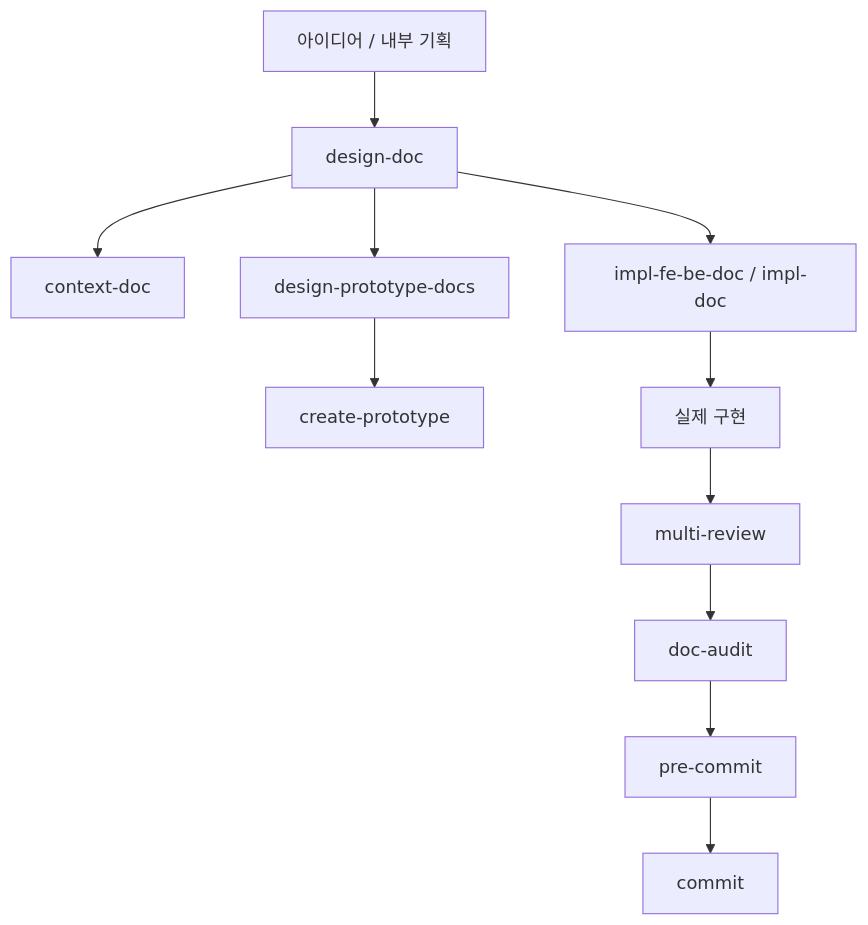
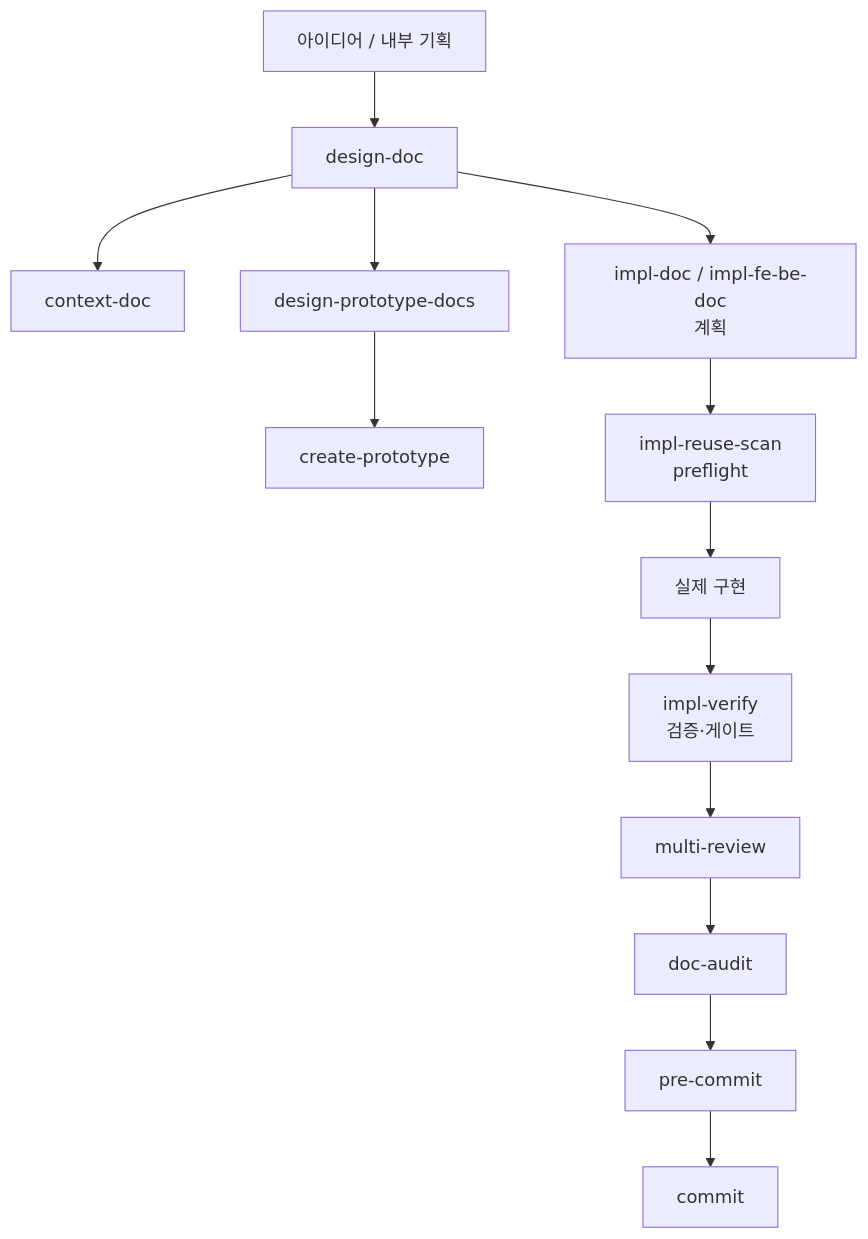
One commit to hb9397/AI_Agent_docs changed the fifth of 8 diagrams in Harness_Engineering_Intro.md. Above: the diagram before and after it, drawn with Mermaid. The commit also changed other lines of this file and 2 other files, not shown here.

First line of the commit message:
docs(harness-docs): impl 패밀리 4종 확장 반영 — 구조 문서

````diff
--- a/Harness_Engineering_Intro.md
+++ b/Harness_Engineering_Intro.md
@@ -265,13 +270,15 @@
 ```mermaid
 flowchart TD
     A["아이디어 / 내부 기획"] --> B["design-doc"]
     B --> C["context-doc"]
     B --> D["design-prototype-docs"]
     D --> E["create-prototype"]
-    B --> F["impl-fe-be-doc / impl-doc"]
-    F --> G["실제 구현"]
-    G --> H["multi-review"]
+    B --> F["impl-doc / impl-fe-be-doc<br/>계획"]
+    F --> F1["impl-reuse-scan<br/>preflight"]
+    F1 --> G["실제 구현"]
+    G --> G1["impl-verify<br/>검증·게이트"]
+    G1 --> H["multi-review"]
     H --> I["doc-audit"]
     I --> J["pre-commit"]
     J --> K["commit"]
 ```
````
